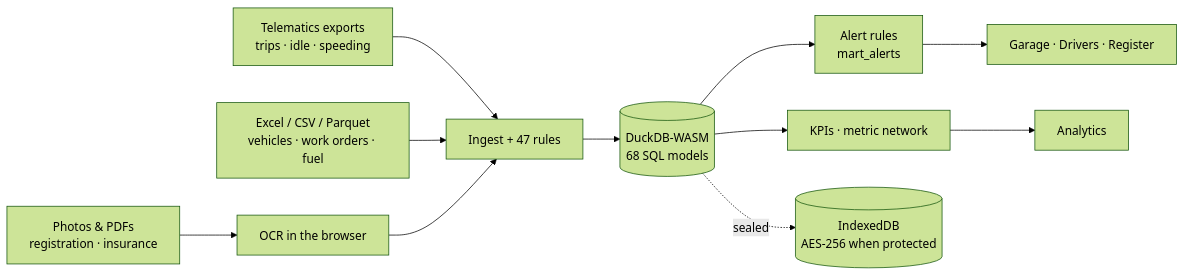
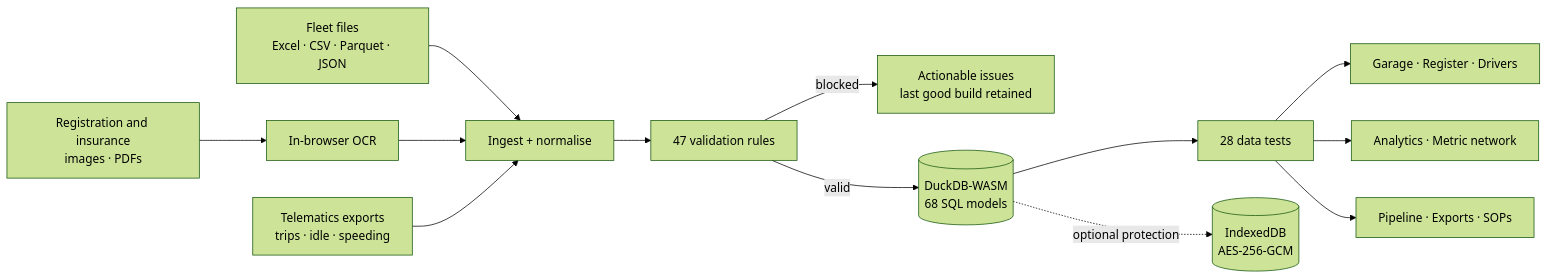
One commit to Pemalahmad/FleetOps-KPI-Dashboard changed the first of 2 diagrams in README.md. Above: the diagram before and after it, drawn with Mermaid (forest theme). The commit also changed other lines of this file and 2 other files, not shown here.

````diff
--- a/README.md
+++ b/README.md
@@ -135,10 +54,15 @@
 ```mermaid
 flowchart LR
-    T["Telematics exports<br/>trips · idle · speeding"] --> I
-    X["Excel / CSV / Parquet<br/>vehicles · work orders · fuel"] --> I
-    P["Photos & PDFs<br/>registration · insurance"] --> O["OCR in the browser"] --> I
-    I["Ingest + 47 rules"] --> D[("DuckDB-WASM<br/>68 SQL models")]
-    D --> R["Alert rules<br/>mart_alerts"] --> G["Garage · Drivers · Register"]
-    D --> K["KPIs · metric network"] --> A["Analytics"]
-    D -. sealed .-> V[("IndexedDB<br/>AES-256 when protected")]
+    A["Fleet files<br/>Excel · CSV · Parquet · JSON"] --> I["Ingest + normalise"]
+    B["Registration and insurance<br/>images · PDFs"] --> O["In-browser OCR"] --> I
+    C["Telematics exports<br/>trips · idle · speeding"] --> I
+
+    I --> V["47 validation rules"]
+    V -- blocked --> E["Actionable issues<br/>last good build retained"]
+    V -- valid --> D[("DuckDB-WASM<br/>68 SQL models")]
+    D --> T["28 data tests"]
+    T --> W["Garage · Register · Drivers"]
+    T --> K["Analytics · Metric network"]
+    T --> P["Pipeline · Exports · SOPs"]
+    D -. optional protection .-> S[("IndexedDB<br/>AES-256-GCM")]
 ```
````
